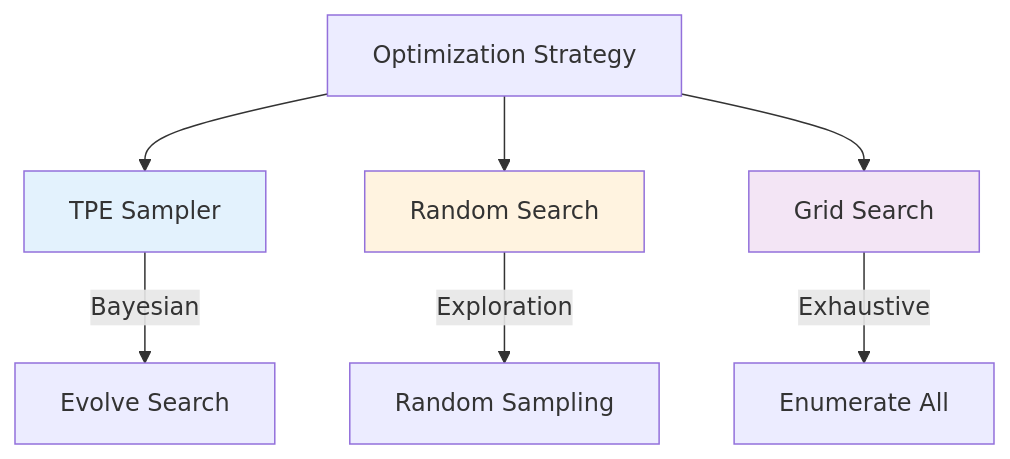
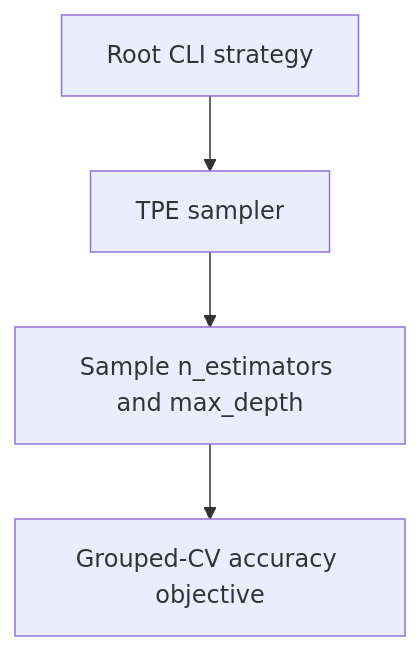
The third of 6 diagrams in plans/05-Model/03-Hyperparameter-Optimization/01-hyperparameter-search.md (Evintkoo/2048-ml), drawn with Mermaid before and after one commit. The commit also changed other lines of this file and 67 other files, not shown here.

````diff
--- a/plans/05-Model/03-Hyperparameter-Optimization/01-hyperparameter-search.md
+++ b/plans/05-Model/03-Hyperparameter-Optimization/01-hyperparameter-search.md
@@ -64,15 +54,7 @@
 ```mermaid
 flowchart TD
     Opt[Optimization Strategy]
-    Opt --> TPE[TPE Sampler]
-    Opt --> Random[Random Search]
-    Opt --> Grid[Grid Search]
-    
-    TPE --> |Bayesian| Evolve[Evolve Search]
-    Random --> |Exploration| Sample[Random Sampling]
-    Grid --> |Exhaustive| Enumerate[Enumerate All]
-    
-    style TPE fill:#e3f2fd
-    style Random fill:#fff3e0
-    style Grid fill:#f3e5f5
+    Opt[Root CLI strategy] --> TPE[TPE sampler]
+    TPE --> Sample[Sample n_estimators and max_depth]
+    Sample --> CV[Grouped-CV accuracy objective]
 ```
````
